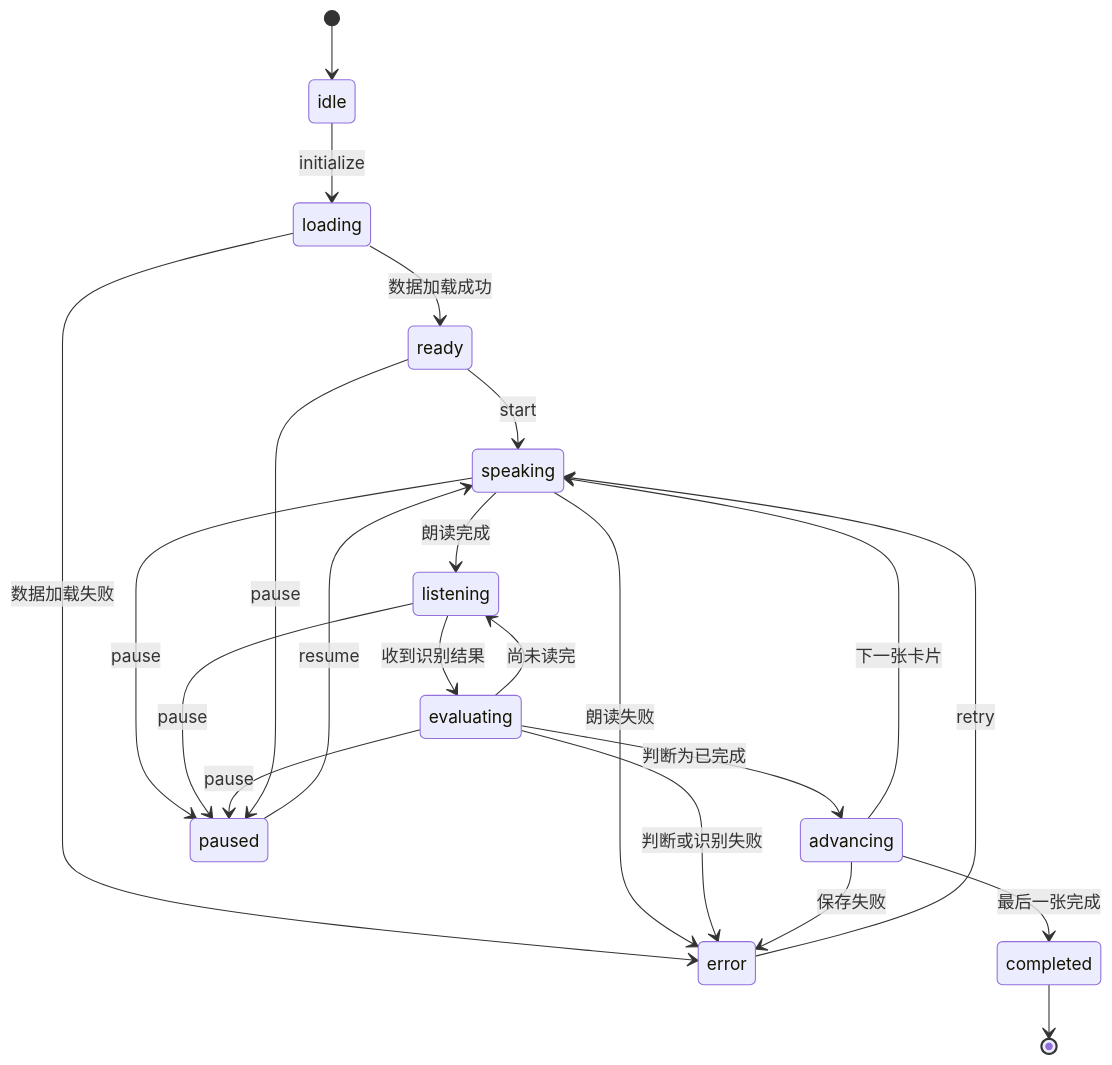
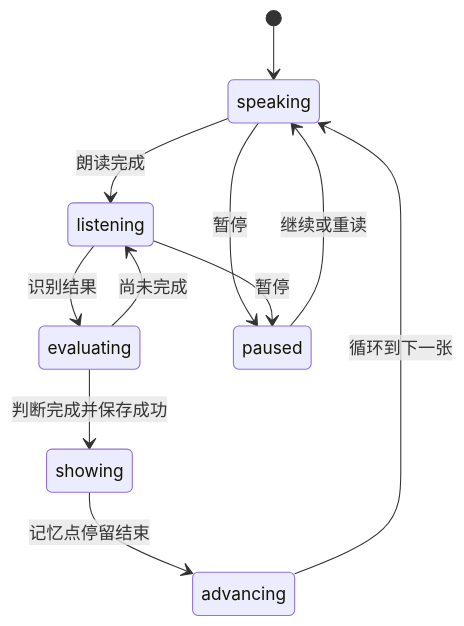
One commit to xhconceit/EchoCards changed the first of 2 diagrams in docs/architecture/learning-engine.md. Above: the diagram before and after it, drawn with Mermaid. The commit also changed other lines of this file and 8 other files, not shown here.

````diff
--- a/docs/architecture/learning-engine.md
+++ b/docs/architecture/learning-engine.md
@@ -82,29 +96,13 @@
 ```mermaid
 stateDiagram-v2
-    [*] --> idle
-    idle --> loading: initialize
-    loading --> ready: 数据加载成功
-    loading --> error: 数据加载失败
-
-    ready --> speaking: start
+    [*] --> speaking
     speaking --> listening: 朗读完成
-    speaking --> error: 朗读失败
-
-    listening --> evaluating: 收到识别结果
-    evaluating --> listening: 尚未读完
-    evaluating --> advancing: 判断为已完成
-    evaluating --> error: 判断或识别失败
-
-    advancing --> speaking: 下一张卡片
-    advancing --> completed: 最后一张完成
-    advancing --> error: 保存失败
-
-    speaking --> paused: pause
-    listening --> paused: pause
-    evaluating --> paused: pause
-    ready --> paused: pause
-
-    paused --> speaking: resume
-    error --> speaking: retry
-    completed --> [*]
+    listening --> evaluating: 识别结果
+    evaluating --> listening: 尚未完成
+    evaluating --> showing: 判断完成并保存成功
+    showing --> advancing: 记忆点停留结束
+    advancing --> speaking: 循环到下一张
+    speaking --> paused: 暂停
+    listening --> paused: 暂停
+    paused --> speaking: 继续或重读
 ```
````
